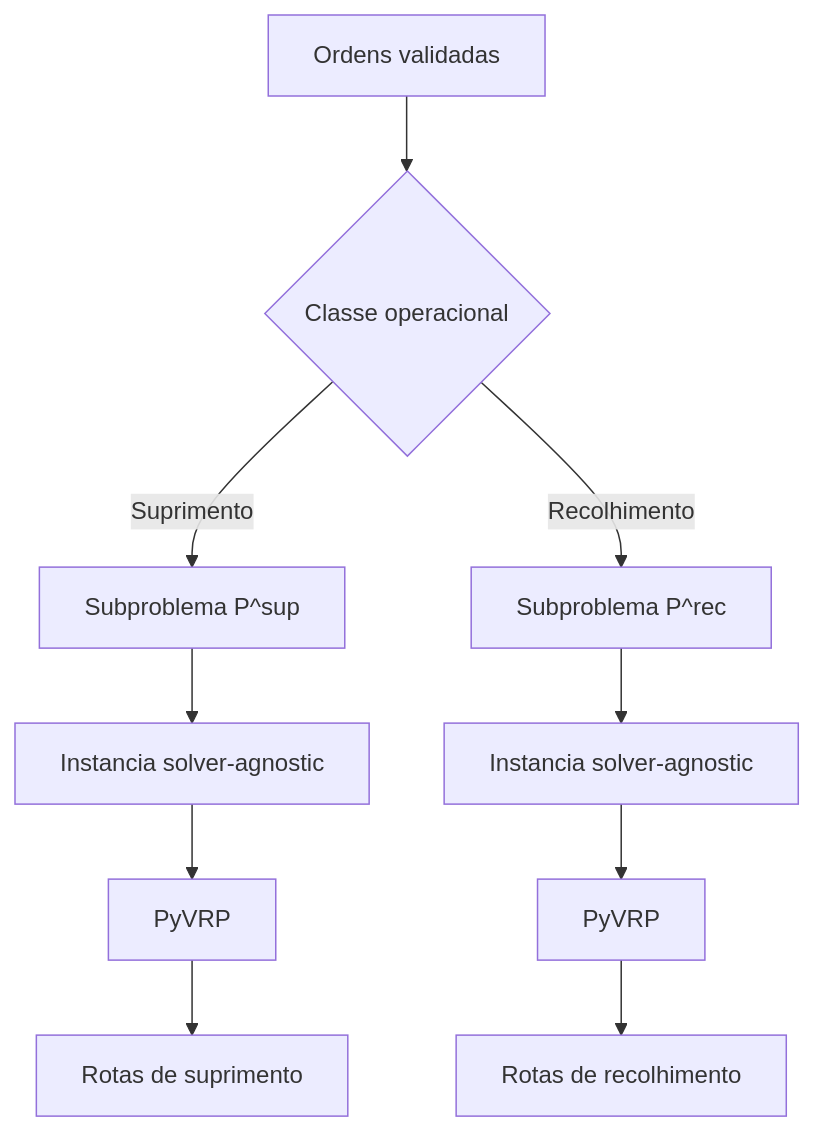
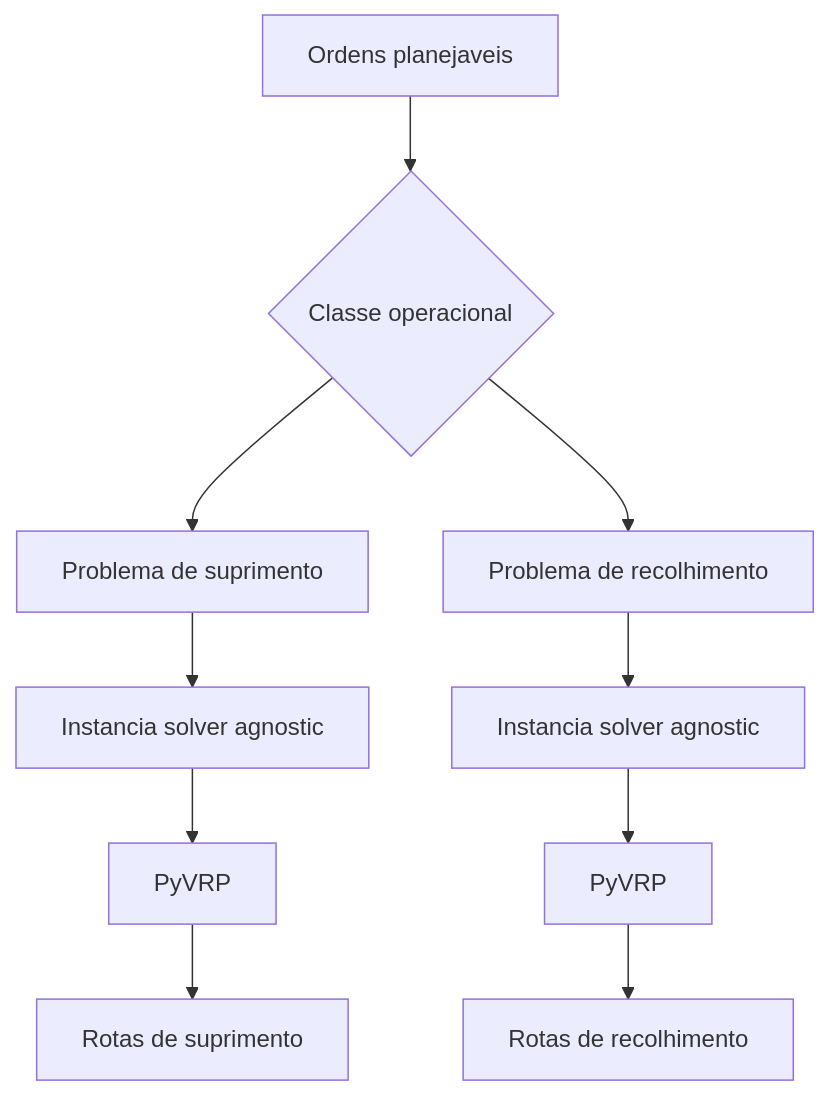
The first of 2 diagrams in docs/formulacao-matematica.md (ThiagoBibiano/aredes-roteirizacao-numerario), drawn with Mermaid before and after one commit. The commit also changed other lines of this file, not shown here.

````diff
--- a/docs/formulacao-matematica.md
+++ b/docs/formulacao-matematica.md
@@ -60,12 +46,12 @@
 ```mermaid
 flowchart TD
-    A[Ordens validadas] --> B{Classe operacional}
-    B -->|Suprimento| C[Subproblema P^sup]
-    B -->|Recolhimento| D[Subproblema P^rec]
-    C --> E[Instancia solver-agnostic]
-    D --> F[Instancia solver-agnostic]
+    A[Ordens planejaveis] --> B{Classe operacional}
+    B --> C[Problema de suprimento]
+    B --> D[Problema de recolhimento]
+    C --> E[Instancia solver agnostic]
+    D --> F[Instancia solver agnostic]
     E --> G[PyVRP]
     F --> H[PyVRP]
     G --> I[Rotas de suprimento]
     H --> J[Rotas de recolhimento]
 ```
````
